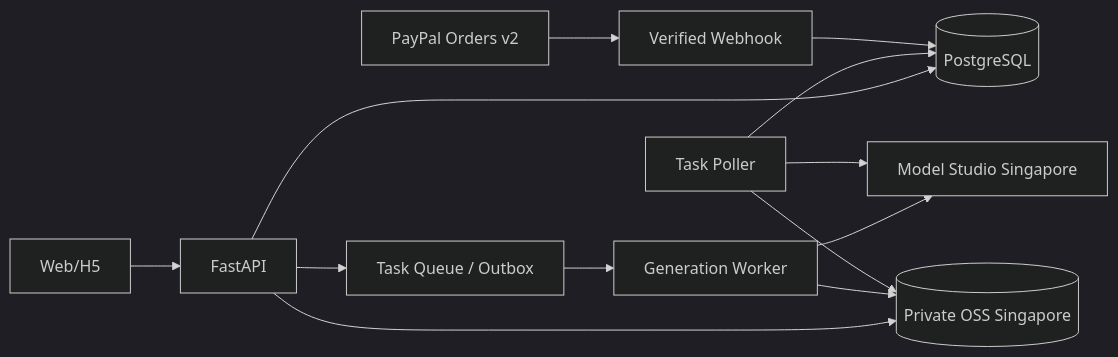
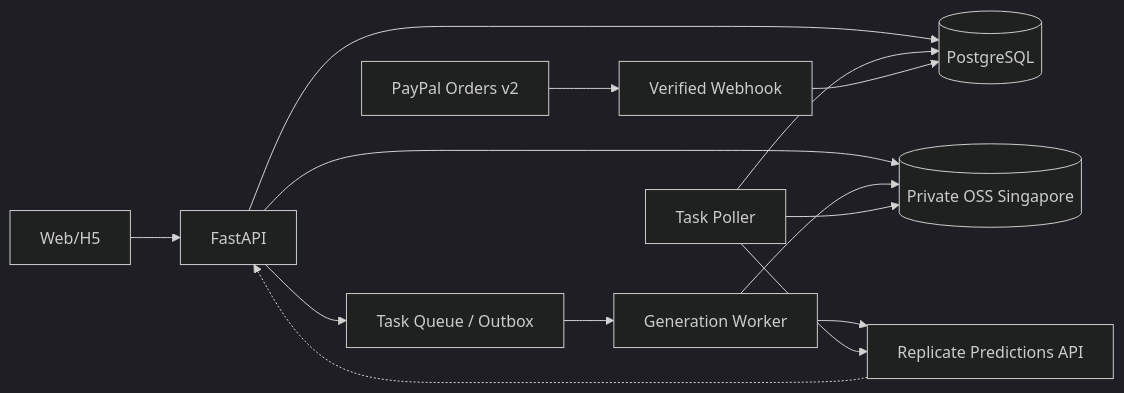
The diagram in outputs/vireal-wan-video-h5/annex/technical_design_v1.0.md (houdzaiw/vireal), drawn with Mermaid (dark theme) before and after one commit. The commit also changed other lines of this file and 7 other files, not shown here.

````diff
--- a/outputs/vireal-wan-video-h5/annex/technical_design_v1.0.md
+++ b/outputs/vireal-wan-video-h5/annex/technical_design_v1.0.md
@@ -29,15 +30,16 @@
 ```mermaid
 flowchart LR
     H5[Web/H5] --> API[FastAPI]
     API --> DB[(PostgreSQL)]
     API --> OSS[(Private OSS Singapore)]
     API --> Q[Task Queue / Outbox]
     Q --> W[Generation Worker]
-    W --> MS[Model Studio Singapore]
+    W --> RP[Replicate Predictions API]
+    RP -.-> API
     W --> OSS
-    P[Task Poller] --> MS
+    P[Task Poller] --> RP
     P --> DB
     P --> OSS
     PAY[PayPal Orders v2] --> WH[Verified Webhook]
     WH --> DB
 ```
````
